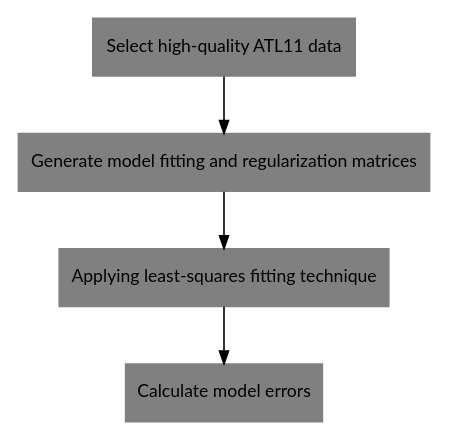
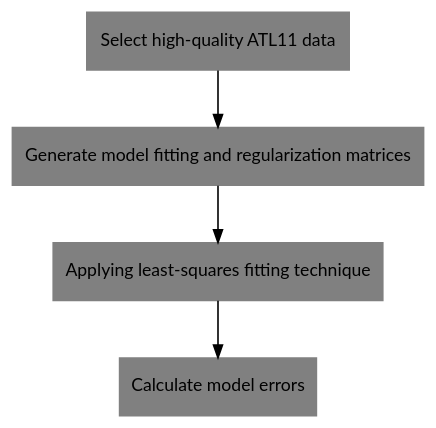
The diagram in doc/source/getting_started/Getting-Started.rst (tsutterley/IS2view), drawn with Graphviz before and after one commit. The commit also changed 11 other files, not shown here.

```diff
--- a/doc/source/getting_started/Getting-Started.rst
+++ b/doc/source/getting_started/Getting-Started.rst
@@ -13,33 +13,34 @@
 .. graphviz::
     :caption: ICESat-2 Gridded Land Ice Height Framework
     :align: center
 
     digraph {
+        bgcolor="transparent";
         S [label="Select high-quality ATL11 data"
             fontname="Lato"
             fontsize=11
             shape=box
             style="filled"
             color="gray"]
         M [label="Generate model fitting and regularization matrices"
             fontname="Lato"
             fontsize=11
             shape=box
             style="filled"
             color="gray"]
         L [label="Applying least-squares fitting technique"
             fontname="Lato"
             fontsize=11
             shape=box
             style="filled"
             color="gray"]
         E [label="Calculate model errors"
             fontname="Lato"
             fontsize=11
             shape=box
             style="filled"
             color="gray"]
         S -> M [arrowsize=0.8]
         M -> L [arrowsize=0.8]
         L -> E [arrowsize=0.8]
     }
```
